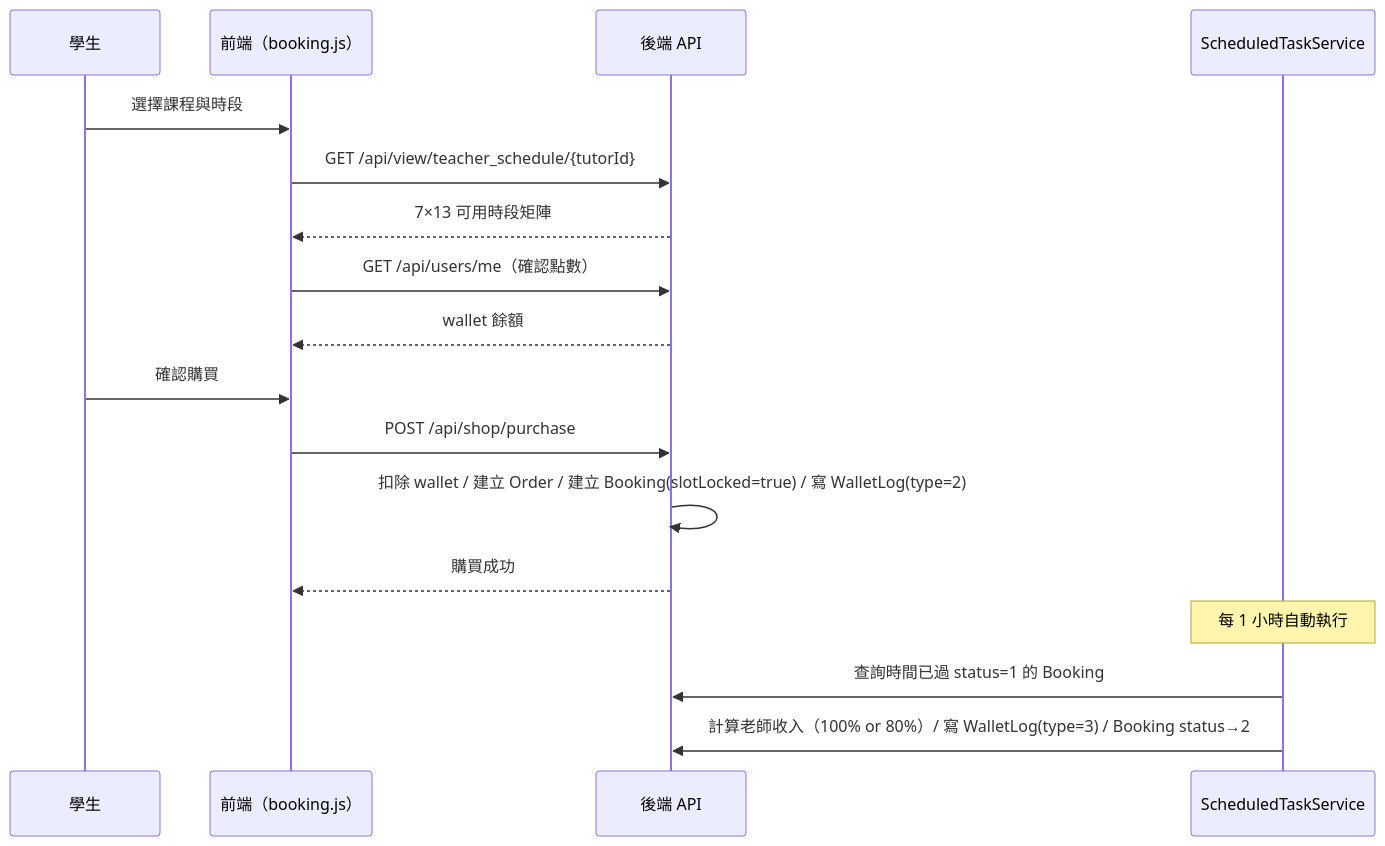
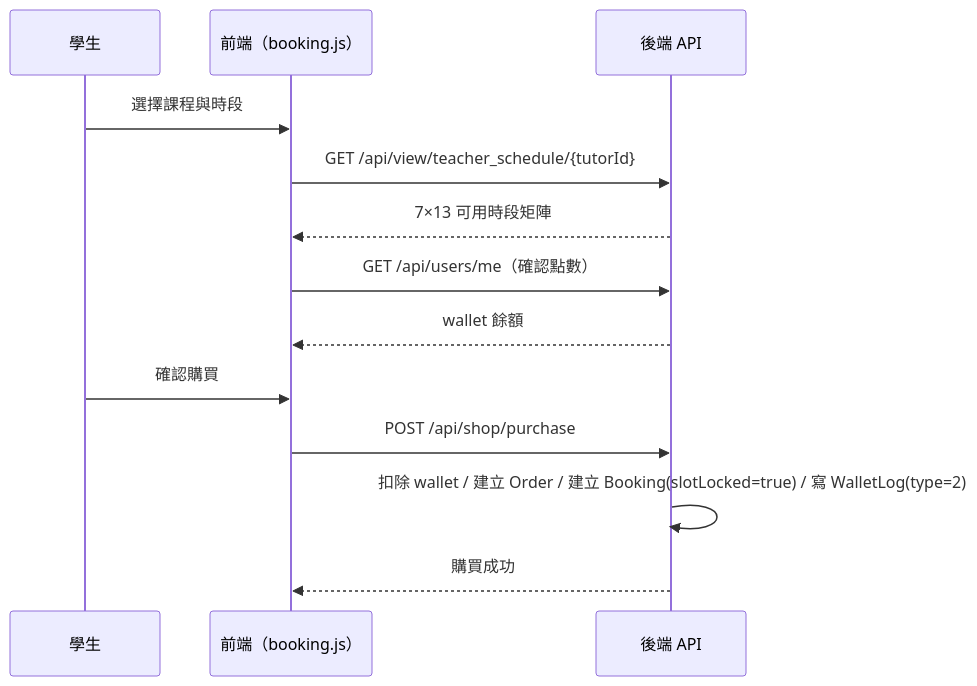
One commit to Lin-Pohan-div/learning-frontend changed the second of 9 diagrams in CODE_WALKTHROUGH.md. Above: the diagram before and after it, drawn with Mermaid. The commit also changed other lines of this file and 1 other file, not shown here.

````diff
--- a/CODE_WALKTHROUGH.md
+++ b/CODE_WALKTHROUGH.md
@@ -121,20 +168,15 @@
 ```mermaid
 sequenceDiagram
     participant S as 學生
     participant UI as 前端（booking.js）
     participant API as 後端 API
-    participant SCH as ScheduledTaskService
-
     S->>UI: 選擇課程與時段
     UI->>API: GET /api/view/teacher_schedule/{tutorId}
     API-->>UI: 7×13 可用時段矩陣
     UI->>API: GET /api/users/me（確認點數）
     API-->>UI: wallet 餘額
     S->>UI: 確認購買
     UI->>API: POST /api/shop/purchase
     API->>API: 扣除 wallet / 建立 Order / 建立 Booking(slotLocked=true) / 寫 WalletLog(type=2)
     API-->>UI: 購買成功
-    Note over SCH: 每 1 小時自動執行
-    SCH->>API: 查詢時間已過 status=1 的 Booking
-    SCH->>API: 計算老師收入（100% or 80%）/ 寫 WalletLog(type=3) / Booking status→2
 ```
````
